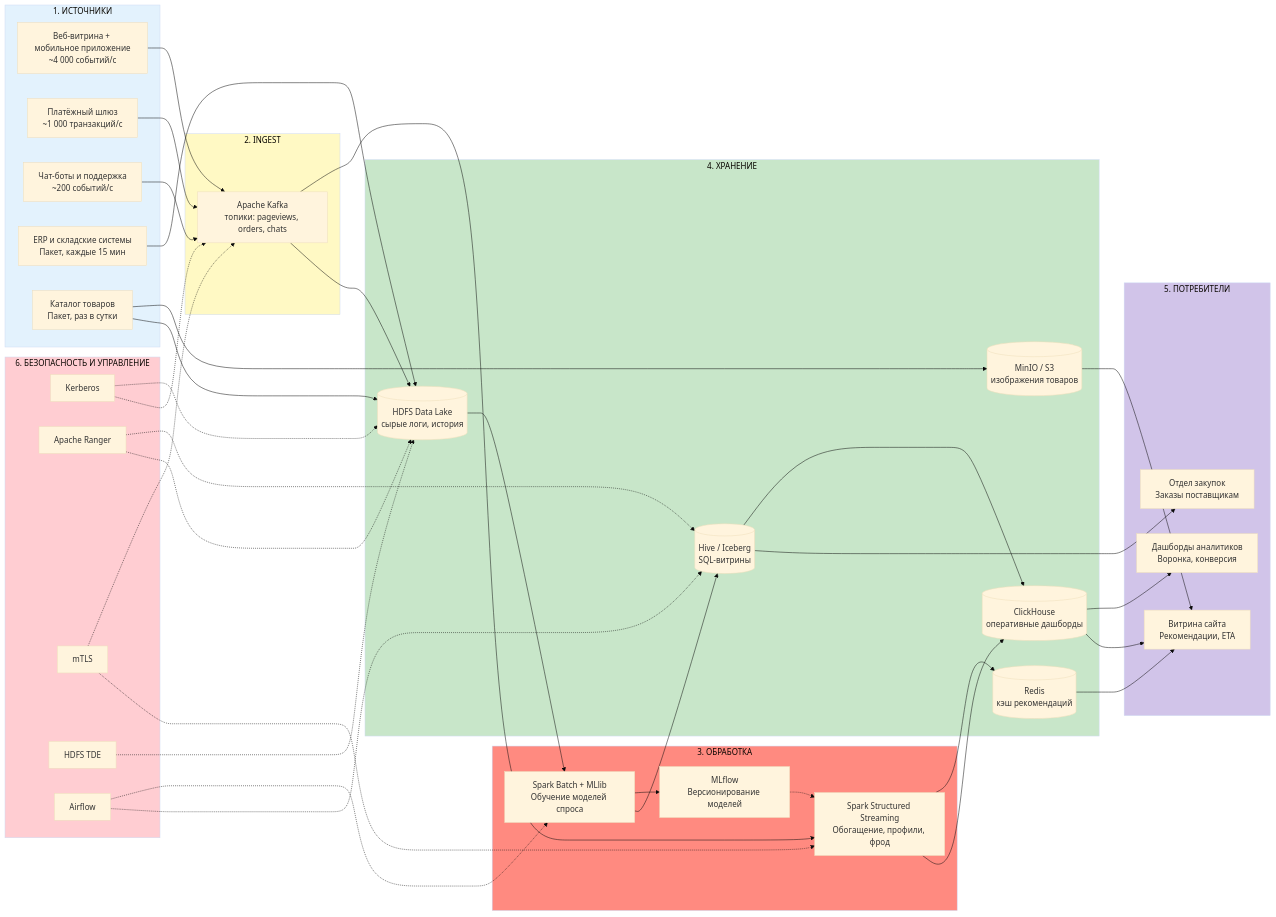
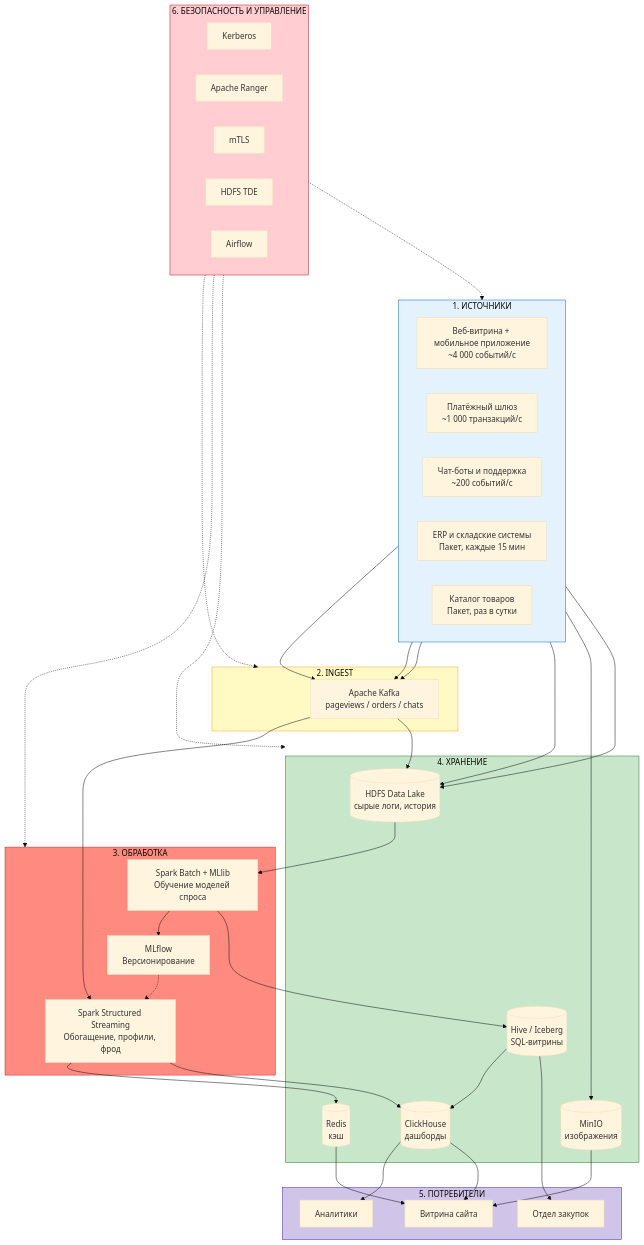
The diagram in archirecture/var1.md (AlinaSabitova/Gos_examine), drawn with Mermaid (base theme) before and after one commit.

````diff
--- a/archirecture/var1.md
+++ b/archirecture/var1.md
@@ -134,6 +134,7 @@
 ```mermaid
-flowchart LR
+flowchart TB
     subgraph SRC["1. ИСТОЧНИКИ"]
+        direction LR
         WEB[Веб-витрина + мобильное приложение<br/>~4 000 событий/с]
         PAY[Платёжный шлюз<br/>~1 000 транзакций/с]
         CHAT[Чат-боты и поддержка<br/>~200 событий/с]
@@ -142,30 +143,31 @@
     end
 
     subgraph ING["2. INGEST"]
-        KAFKA[Apache Kafka<br/>топики: pageviews, orders, chats]
+        KAFKA[Apache Kafka<br/>pageviews / orders / chats]
     end
 
     subgraph PROC["3. ОБРАБОТКА"]
         SSS[Spark Structured Streaming<br/>Обогащение, профили, фрод]
         BATCH[Spark Batch + MLlib<br/>Обучение моделей спроса]
-        MLFLOW[MLflow<br/>Версионирование моделей]
+        MLFLOW[MLflow<br/>Версионирование]
     end
 
     subgraph STORE["4. ХРАНЕНИЕ"]
         HDFS[(HDFS Data Lake<br/>сырые логи, история)]
-        MINIO[(MinIO / S3<br/>изображения товаров)]
-        CH[(ClickHouse<br/>оперативные дашборды)]
+        MINIO[(MinIO<br/>изображения)]
+        CH[(ClickHouse<br/>дашборды)]
         HIVE[(Hive / Iceberg<br/>SQL-витрины)]
-        REDIS[(Redis<br/>кэш рекомендаций)]
+        REDIS[(Redis<br/>кэш)]
     end
 
     subgraph CONS["5. ПОТРЕБИТЕЛИ"]
-        SITE[Витрина сайта<br/>Рекомендации, ETA]
-        DASH[Дашборды аналитиков<br/>Воронка, конверсия]
-        BUYER[Отдел закупок<br/>Заказы поставщикам]
+        SITE[Витрина сайта]
+        DASH[Аналитики]
+        BUYER[Отдел закупок]
     end
 
     subgraph SEC["6. БЕЗОПАСНОСТЬ И УПРАВЛЕНИЕ"]
+        direction LR
         KERB[Kerberos]
         RANGER[Apache Ranger]
         TLS[mTLS]
@@ -189,10 +191,9 @@
     HDFS --> BATCH
     BATCH --> MLFLOW
     BATCH --> HIVE
+    HIVE --> CH
 
     MLFLOW -.-> SSS
-
-    HIVE --> CH
 
     REDIS --> SITE
     CH --> DASH
@@ -200,20 +201,15 @@
     HIVE --> BUYER
     MINIO --> SITE
 
-    KERB -.-> HDFS
-    KERB -.-> KAFKA
-    RANGER -.-> HIVE
-    RANGER -.-> HDFS
-    TLS -.-> KAFKA
-    TLS -.-> SSS
-    TDE -.-> HDFS
-    AIRFLOW -.-> BATCH
-    AIRFLOW -.-> HIVE
+    SEC -.-> SRC
+    SEC -.-> ING
+    SEC -.-> PROC
+    SEC -.-> STORE
 
-    style SRC fill:#e3f2fd
-    style ING fill:#fff9c4
-    style PROC fill:#ff8a80
-    style STORE fill:#c8e6c9
-    style CONS fill:#d1c4e9
-    style SEC fill:#ffcdd2
+    style SRC fill:#e3f2fd,stroke:#1565c0
+    style ING fill:#fff9c4,stroke:#f9a825
+    style PROC fill:#ff8a80,stroke:#c62828
+    style STORE fill:#c8e6c9,stroke:#2e7d32
+    style CONS fill:#d1c4e9,stroke:#4527a0
+    style SEC fill:#ffcdd2,stroke:#b71c1c
 ```
````
